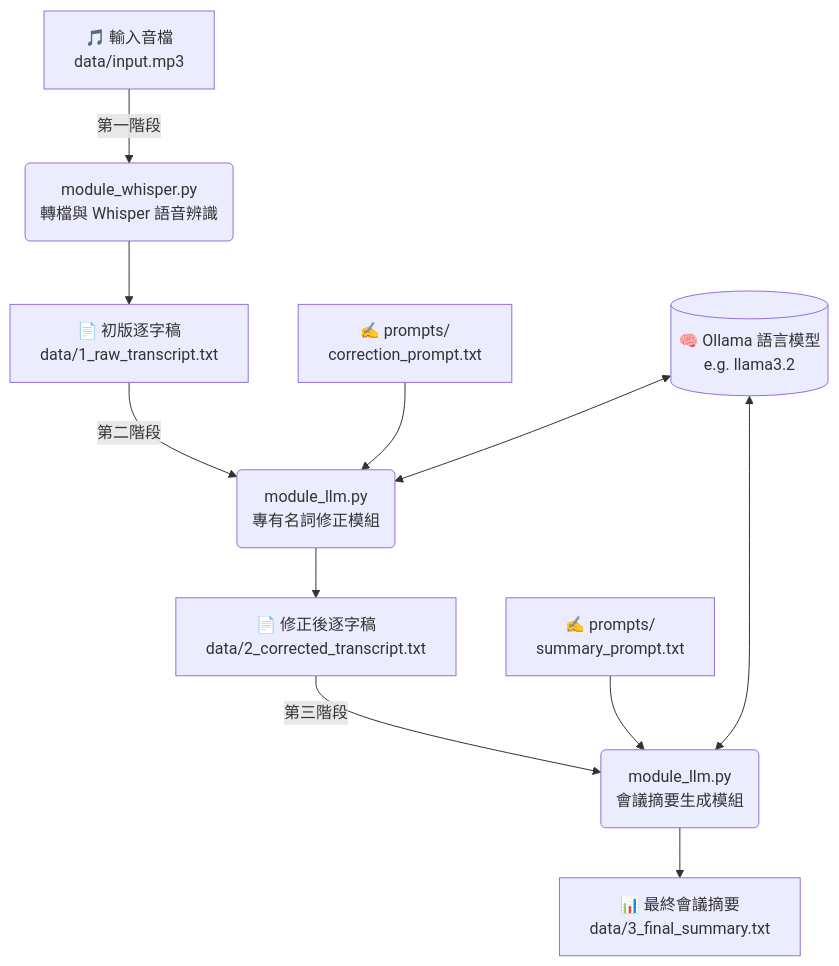
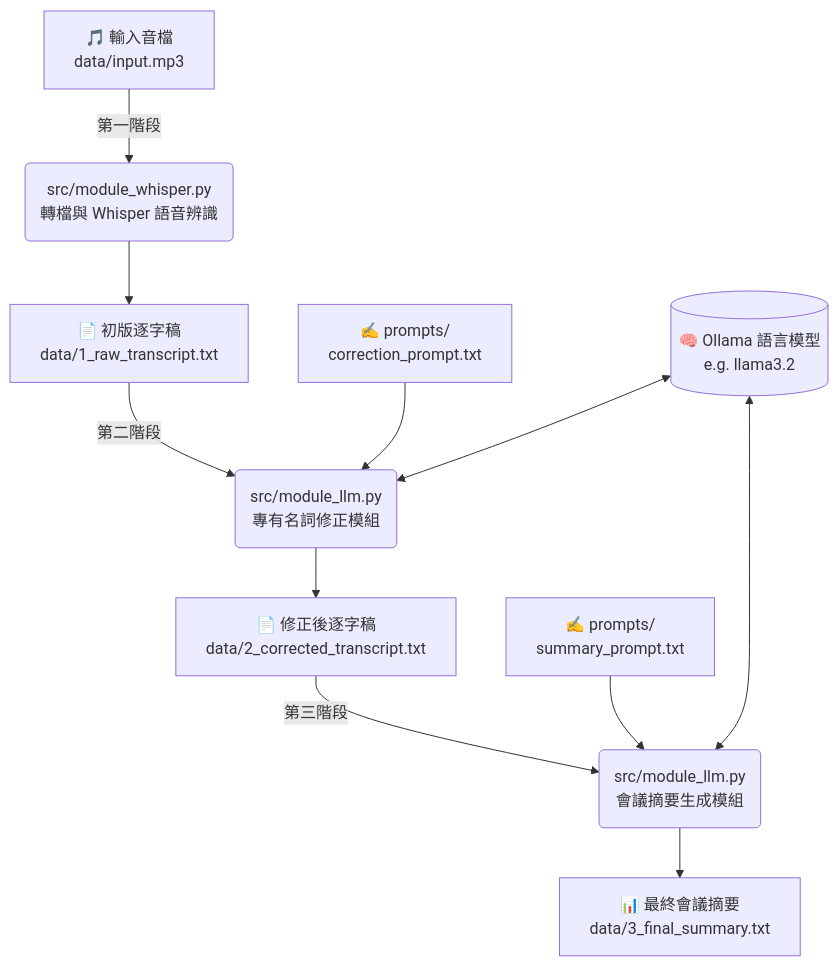
The diagram in README.md (Wilson-TKU/meeting-tool), drawn with Mermaid before and after one commit. The commit also changed other lines of this file and 8 other files, not shown here.

````diff
--- a/README.md
+++ b/README.md
@@ -9,18 +9,18 @@
 ```mermaid
 graph TD
     %% 階段一：語音辨識
-    Audio[🎵 輸入音檔\ndata/input.mp3] -->|第一階段| Whisper(module_whisper.py\n轉檔與 Whisper 語音辨識)
+    Audio[🎵 輸入音檔\ndata/input.mp3] -->|第一階段| Whisper(src/module_whisper.py\n轉檔與 Whisper 語音辨識)
     Whisper --> RawTrans[📄 初版逐字稿\ndata/1_raw_transcript.txt]
     
     %% 階段二：專有名詞修正
-    RawTrans -->|第二階段| LLM1(module_llm.py\n專有名詞修正模組)
+    RawTrans -->|第二階段| LLM1(src/module_llm.py\n專有名詞修正模組)
     Prompt1[✍️ prompts/\ncorrection_prompt.txt] --> LLM1
     Ollama[(🧠 Ollama 語言模型\ne.g. llama3.2)] <--> LLM1
     LLM1 --> CorrectedTrans[📄 修正後逐字稿\ndata/2_corrected_transcript.txt]
     
     %% 階段三：會議摘要
-    CorrectedTrans -->|第三階段| LLM2(module_llm.py\n會議摘要生成模組)
+    CorrectedTrans -->|第三階段| LLM2(src/module_llm.py\n會議摘要生成模組)
     Prompt2[✍️ prompts/\nsummary_prompt.txt] --> LLM2
     Ollama <--> LLM2
     LLM2 --> Summary[📊 最終會議摘要\ndata/3_final_summary.txt]
 ```
````
